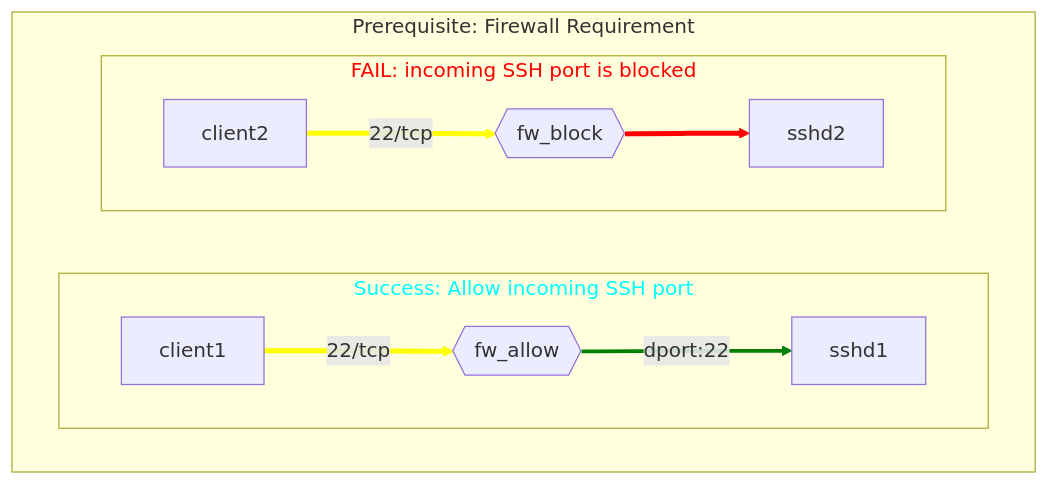
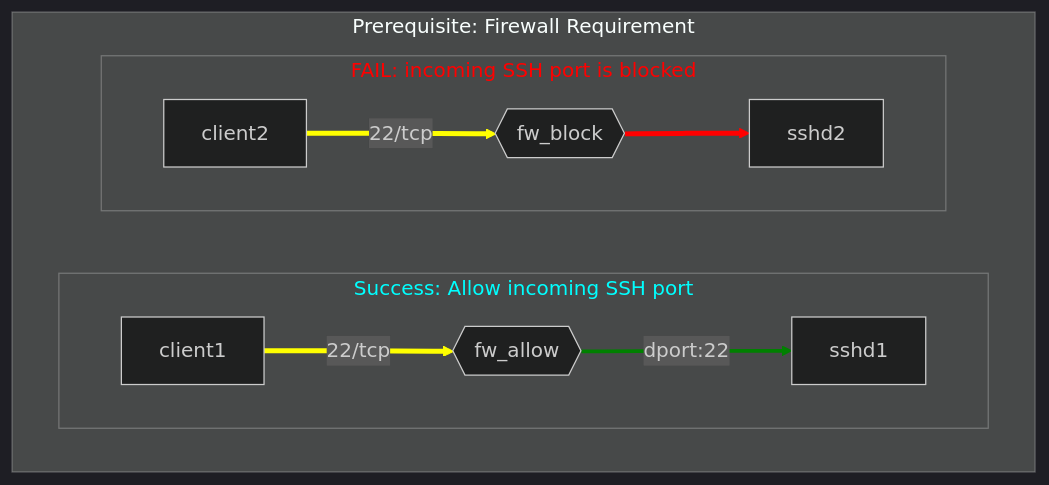
Before and after one commit to myseq/notes: the first of 3 diagrams in markdown/diagrams.md, drawn with Mermaid.

````diff
--- a/markdown/diagrams.md
+++ b/markdown/diagrams.md
@@ -5,33 +5,34 @@
 ```mermaid
+%%{init: {'theme': 'dark', "flowchart" : { "curve" : "basis" } } }%%
 graph 
   fw1{{fw_allow}}
   fw2{{fw_block}}
 
   subgraph main[Prerequisite: Firewall Requirement]
     direction RL
  
     subgraph grant[Success: Allow incoming SSH port]
       direction LR
       client1 --> |22/tcp| fw1 --> |dport:22| sshd1
     end
 
     subgraph fail[FAIL: incoming SSH port is blocked]
       direction LR
       client2 --> |22/tcp| fw2 --> sshd2
     end
 
   end
 
   linkStyle default stroke-width:4px
   linkStyle 0 stroke:yellow
   linkStyle 1 stroke-width:3px,stroke:green
   linkStyle 2 stroke:yellow
   linkStyle 3 stroke:red
 
   classDef Allow color:#0ff
   classDef Block color:#f00
 
   class grant Allow
   class fail Block
 
 ```
````
